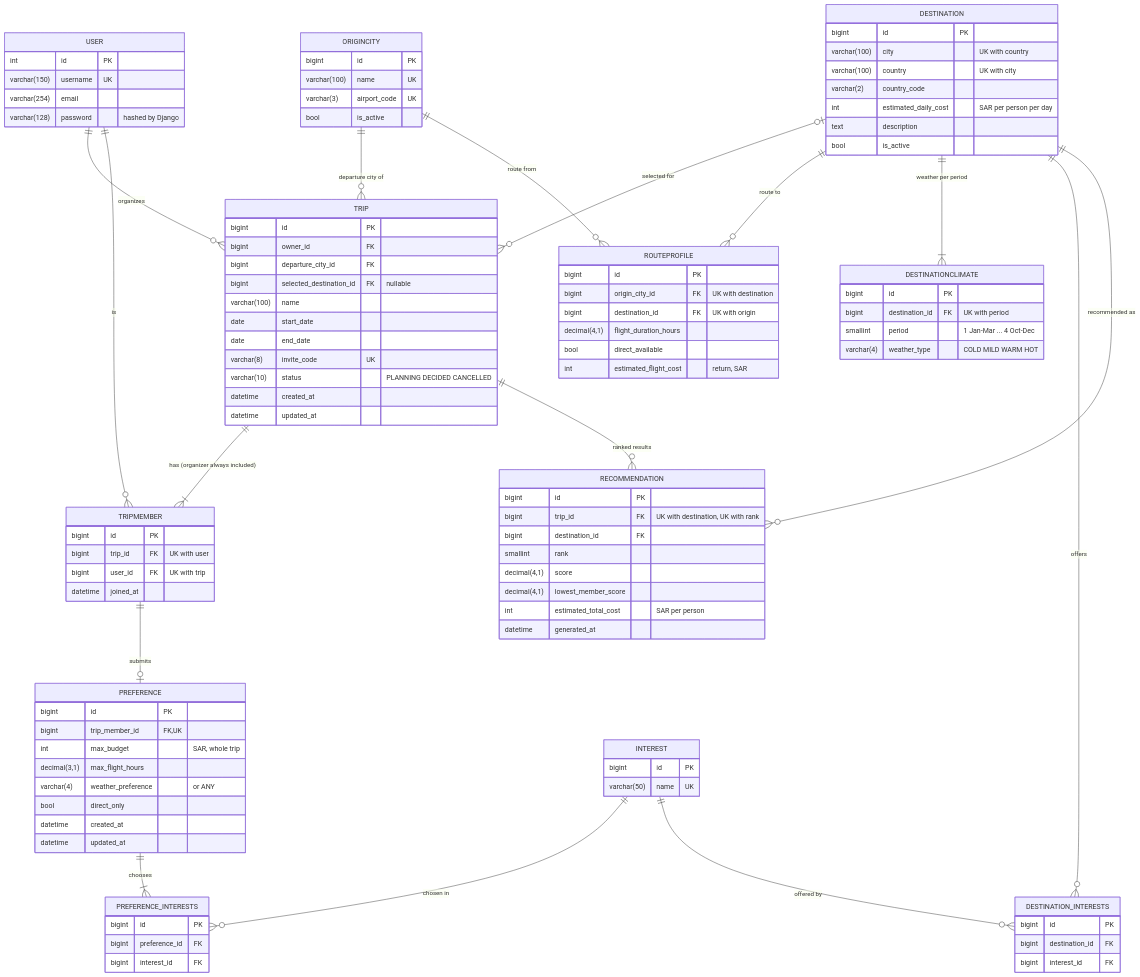
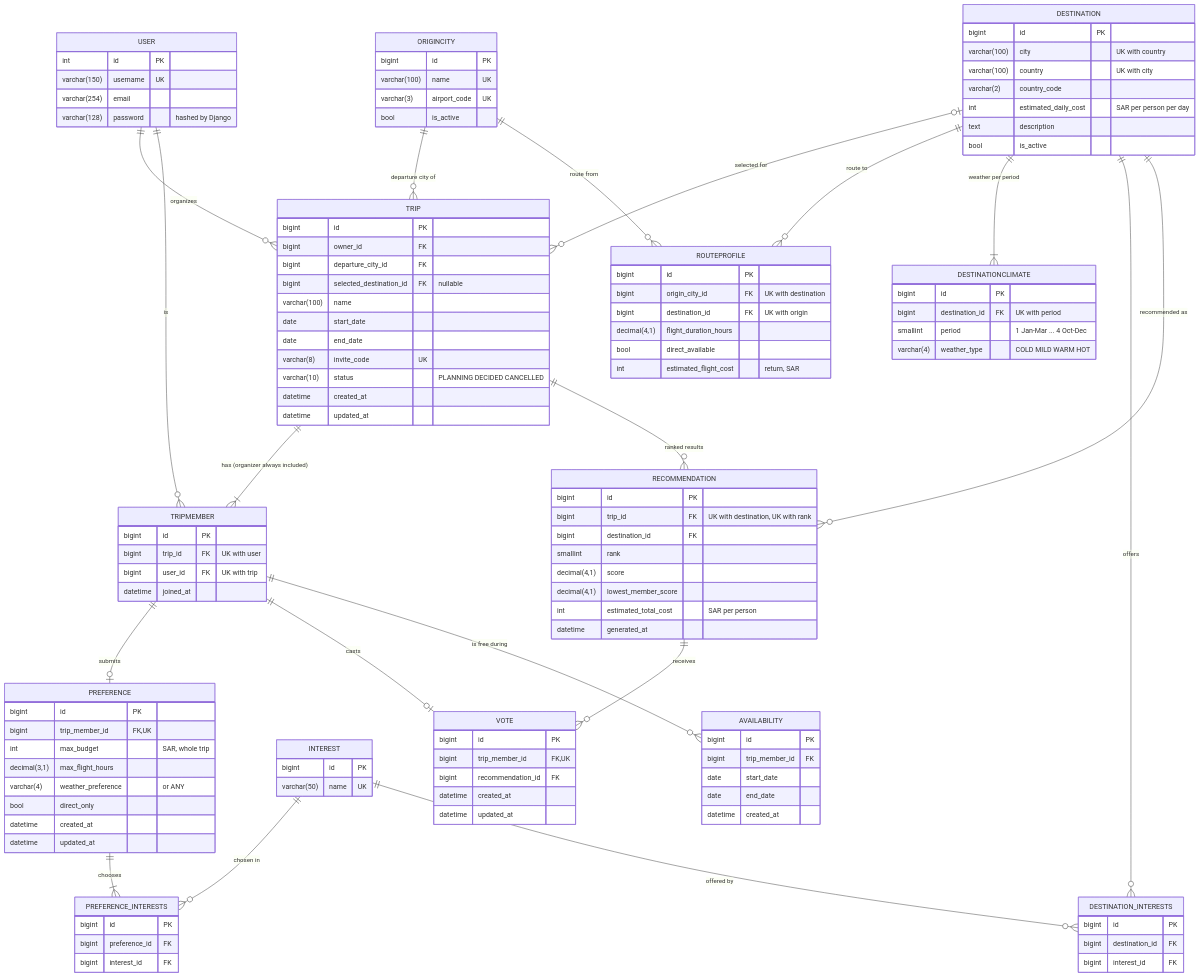
One commit to AmmarMoha1/Ammar-Capstone-Project changed the diagram in docs/erd.md. Above: the diagram before and after it, drawn with Mermaid. The commit also changed other lines of this file and 66 other files, not shown here.

````diff
--- a/docs/erd.md
+++ b/docs/erd.md
@@ -21,6 +21,9 @@
     INTEREST ||--o{ DESTINATION_INTERESTS : "offered by"
     TRIP ||--o{ RECOMMENDATION : "ranked results"
     DESTINATION ||--o{ RECOMMENDATION : "recommended as"
+    TRIPMEMBER ||--o| VOTE : "casts"
+    RECOMMENDATION ||--o{ VOTE : "receives"
+    TRIPMEMBER ||--o{ AVAILABILITY : "is free during"
 
     USER {
         int id PK
@@ -110,4 +113,18 @@
         int estimated_total_cost "SAR per person"
         datetime generated_at
     }
+    VOTE {
+        bigint id PK
+        bigint trip_member_id FK,UK
+        bigint recommendation_id FK
+        datetime created_at
+        datetime updated_at
+    }
+    AVAILABILITY {
+        bigint id PK
+        bigint trip_member_id FK
+        date start_date
+        date end_date
+        datetime created_at
+    }
 ```
````
